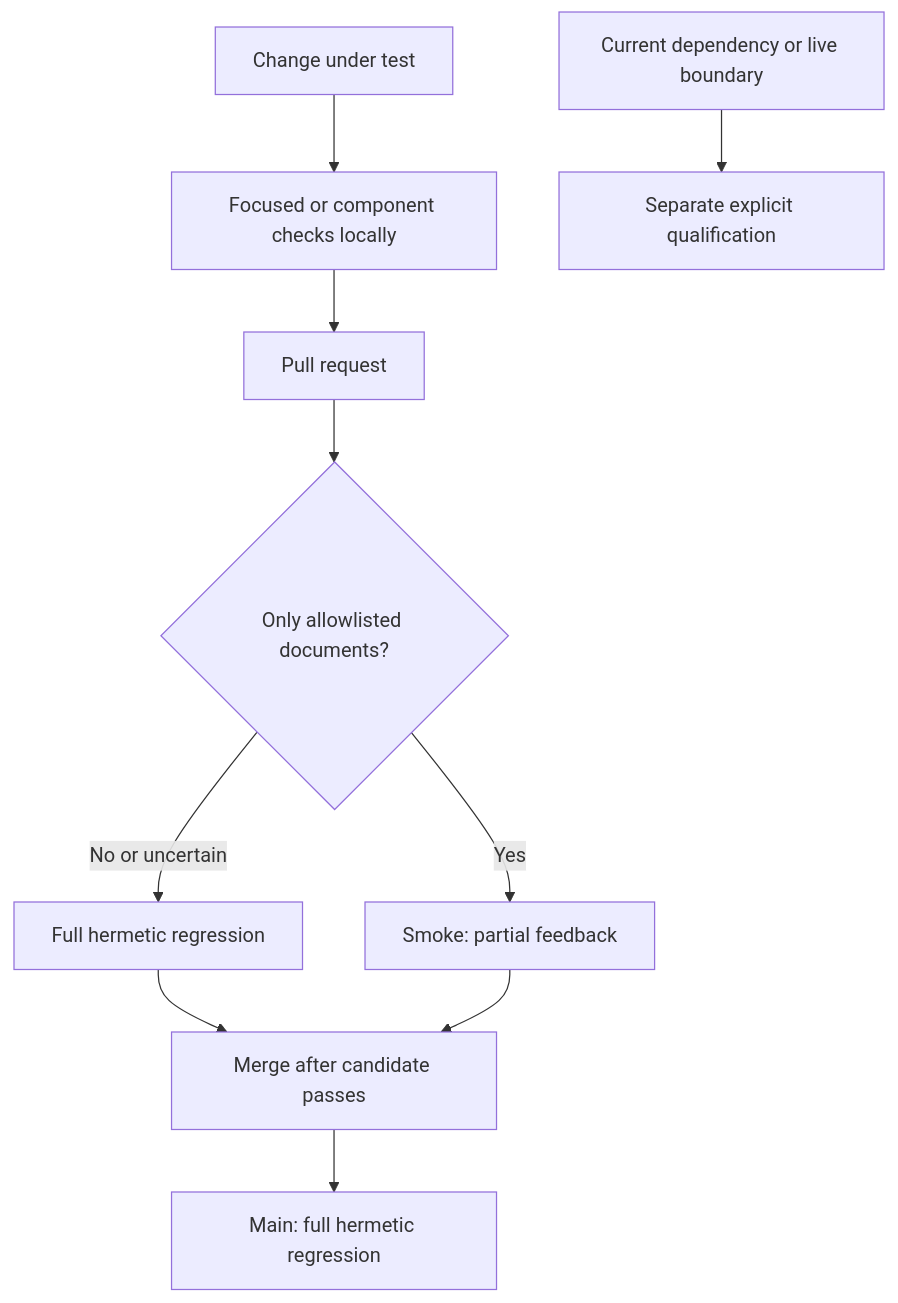
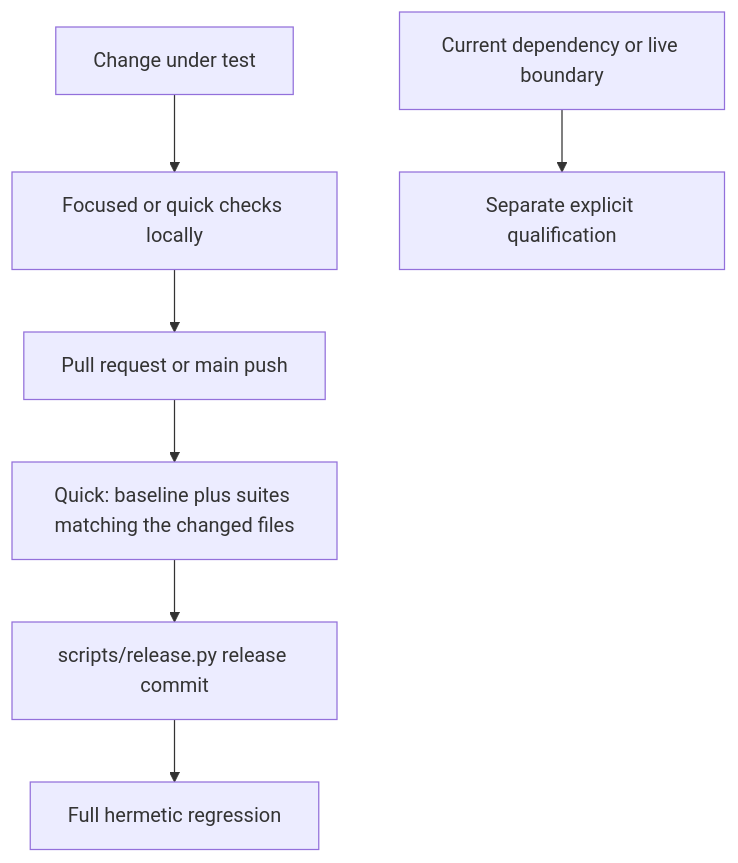
The diagram in test/README.md (whichguy/skill-craft), drawn with Mermaid before and after one commit. The commit also changed other lines of this file and 7 other files, not shown here.

First line of the commit message:
ci: run a quick change-targeted tier; full only for release commits

````diff
--- a/test/README.md
+++ b/test/README.md
@@ -18,12 +18,9 @@
 ```mermaid
 flowchart TD
-    Change[Change under test] --> Local[Focused or component checks locally]
-    Local --> PR[Pull request]
-    PR --> Docs{Only allowlisted documents?}
-    Docs -->|Yes| Smoke[Smoke: partial feedback]
-    Docs -->|No or uncertain| Full[Full hermetic regression]
-    Full --> Merge[Merge after candidate passes]
-    Smoke --> Merge
-    Merge --> Main[Main: full hermetic regression]
+    Change[Change under test] --> Local[Focused or quick checks locally]
+    Local --> Push[Pull request or main push]
+    Push --> Quick[Quick: baseline plus suites matching the changed files]
+    Quick --> Release[scripts/release.py release commit]
+    Release --> Full[Full hermetic regression]
     External[Current dependency or live boundary] --> Explicit[Separate explicit qualification]
 ```
````
